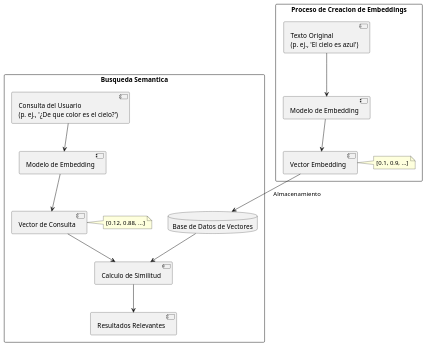
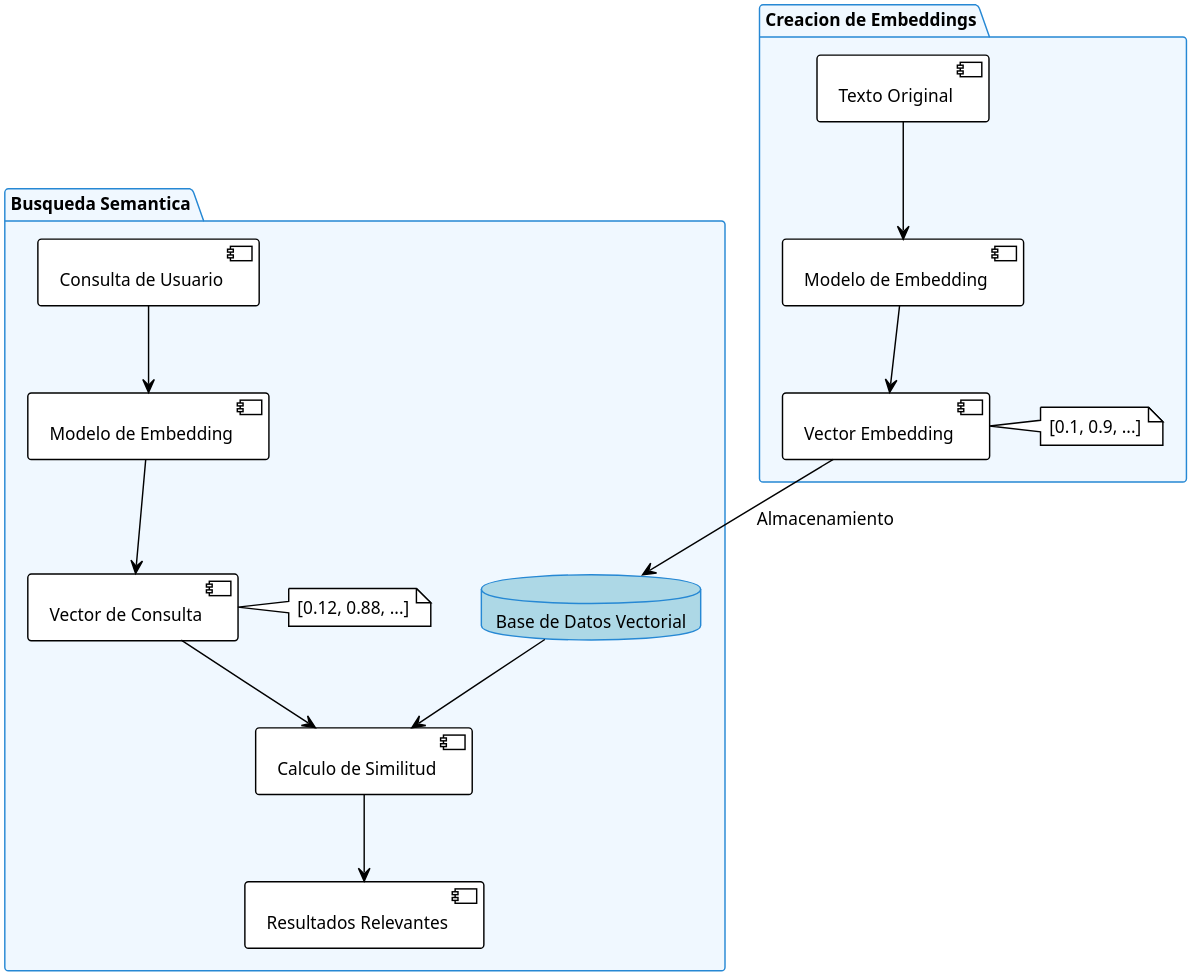
One commit to carloss4dv/langagent changed the diagram in diagrams/embeddings_vectoriales.puml. Above: the diagram before and after it, drawn with PlantUML. The commit also changed other lines of this file and 44 other files, not shown here.

```diff
--- a/diagrams/embeddings_vectoriales.puml
+++ b/diagrams/embeddings_vectoriales.puml
@@ -1,34 +1,51 @@
-@startuml
-skinparam packageStyle rect
+@startuml "Proceso de Embeddings y Busqueda Semantica"
+' Mejora la legibilidad y la calidad de la imagen para documentos.
+!theme plain
+skinparam {
+    dpi 300
+    shadowing false
+    backgroundColor transparent
+    defaultFontName "Arial"
+    defaultFontSize 12
 
-package "Proceso de Creacion de Embeddings" {
-  [Texto Original\n(p. ej., 'El cielo es azul')] as Texto
+    package {
+        borderColor #2688d4
+        backgroundColor #f0f8ff
+    }
+
+    database {
+        borderColor #2688d4
+        backgroundColor #add8e6
+    }
+}
+
+package "Creacion de Embeddings" {
+  [Texto Original] as Texto
   [Modelo de Embedding] as ModeloEmbedding1
   [Vector Embedding] as VectorEmbedding
   note right of VectorEmbedding : [0.1, 0.9, ...]
 
   Texto --> ModeloEmbedding1
   ModeloEmbedding1 --> VectorEmbedding
 }
 
 package "Busqueda Semantica" {
-  [Consulta del Usuario\n(p. ej., '¿De que color es el cielo?')] as Consulta
+  [Consulta de Usuario] as Consulta
   [Modelo de Embedding] as ModeloEmbedding2
   [Vector de Consulta] as VectorConsulta
   note right of VectorConsulta : [0.12, 0.88, ...]
-  database "Base de Datos de Vectores" as DBVectores
+  database "Base de Datos Vectorial" as DBVectores
   [Calculo de Similitud] as Similitud
   [Resultados Relevantes] as Resultados
 
   Consulta --> ModeloEmbedding2
   ModeloEmbedding2 --> VectorConsulta
   
   VectorConsulta --> Similitud
   DBVectores --> Similitud
   Similitud --> Resultados
 }
 
-' El vector generado se almacena en la base de datos
 VectorEmbedding --> DBVectores : Almacenamiento
 
 @enduml
```
